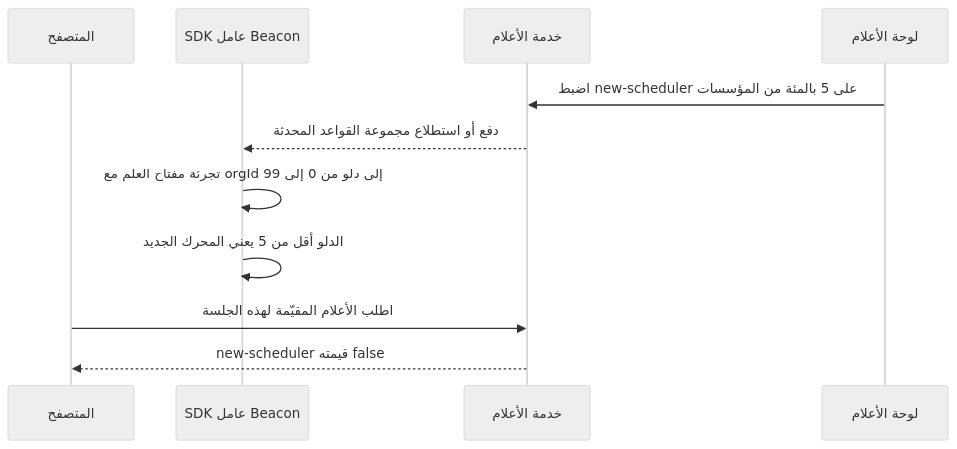
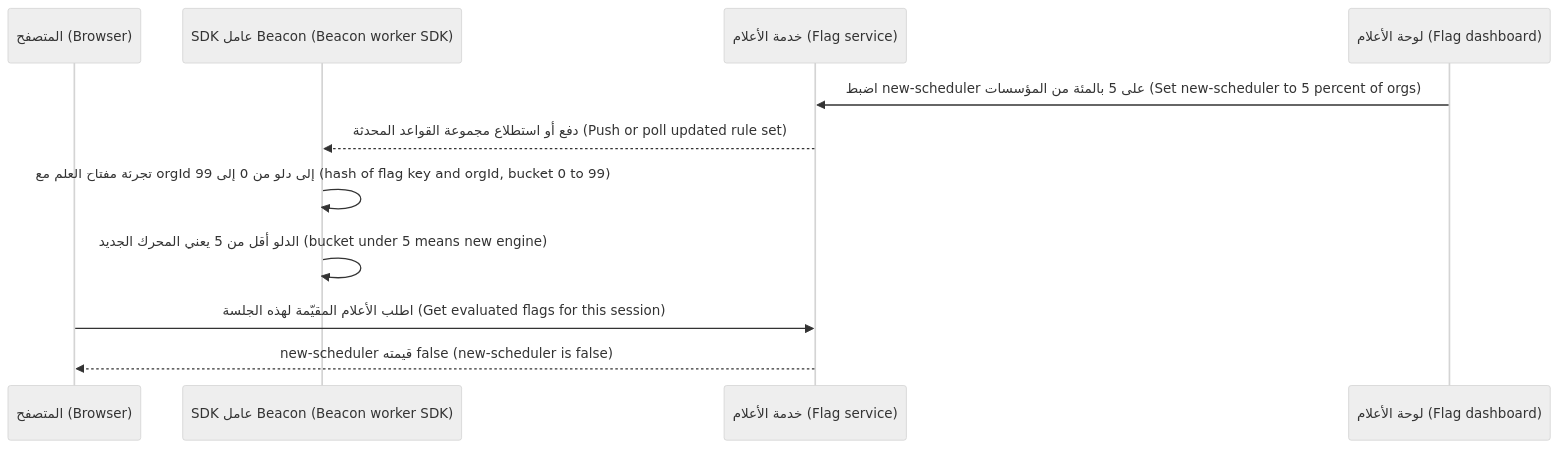
One commit to Tamoura/system-design-for-vibe-coders changed the third of 3 diagrams in saas/modules/06-product-growth.ar.md. Above: the diagram before and after it, drawn with Mermaid (neutral theme). The commit also changed other lines of this file and 62 other files, not shown here.

First line of the commit message:
Arabic editions: English on every diagram label, RTL fixes, rebuild

````diff
--- a/saas/modules/06-product-growth.ar.md
+++ b/saas/modules/06-product-growth.ar.md
@@ -589,13 +589,13 @@
 ```mermaid
 sequenceDiagram
-    participant B as المتصفح
-    participant W as SDK عامل Beacon
-    participant FS as خدمة الأعلام
-    participant UI as لوحة الأعلام
-  UI->>FS: اضبط new-scheduler على 5 بالمئة من المؤسسات
-  FS-->>W: دفع أو استطلاع مجموعة القواعد المحدثة
-  W->>W: تجزئة مفتاح العلم مع orgId إلى دلو من 0 إلى 99
-  W->>W: الدلو أقل من 5 يعني المحرك الجديد
-  B->>FS: اطلب الأعلام المقيّمة لهذه الجلسة
-  FS-->>B: new-scheduler قيمته false
+    participant B as المتصفح (Browser)
+    participant W as SDK عامل Beacon (Beacon worker SDK)
+    participant FS as خدمة الأعلام (Flag service)
+    participant UI as لوحة الأعلام (Flag dashboard)
+  UI->>FS: اضبط new-scheduler على 5 بالمئة من المؤسسات (Set new-scheduler to 5 percent of orgs)
+  FS-->>W: دفع أو استطلاع مجموعة القواعد المحدثة (Push or poll updated rule set)
+  W->>W: تجزئة مفتاح العلم مع orgId إلى دلو من 0 إلى 99 (hash of flag key and orgId, bucket 0 to 99)
+  W->>W: الدلو أقل من 5 يعني المحرك الجديد (bucket under 5 means new engine)
+  B->>FS: اطلب الأعلام المقيّمة لهذه الجلسة (Get evaluated flags for this session)
+  FS-->>B: new-scheduler قيمته false (new-scheduler is false)
 ```
````
